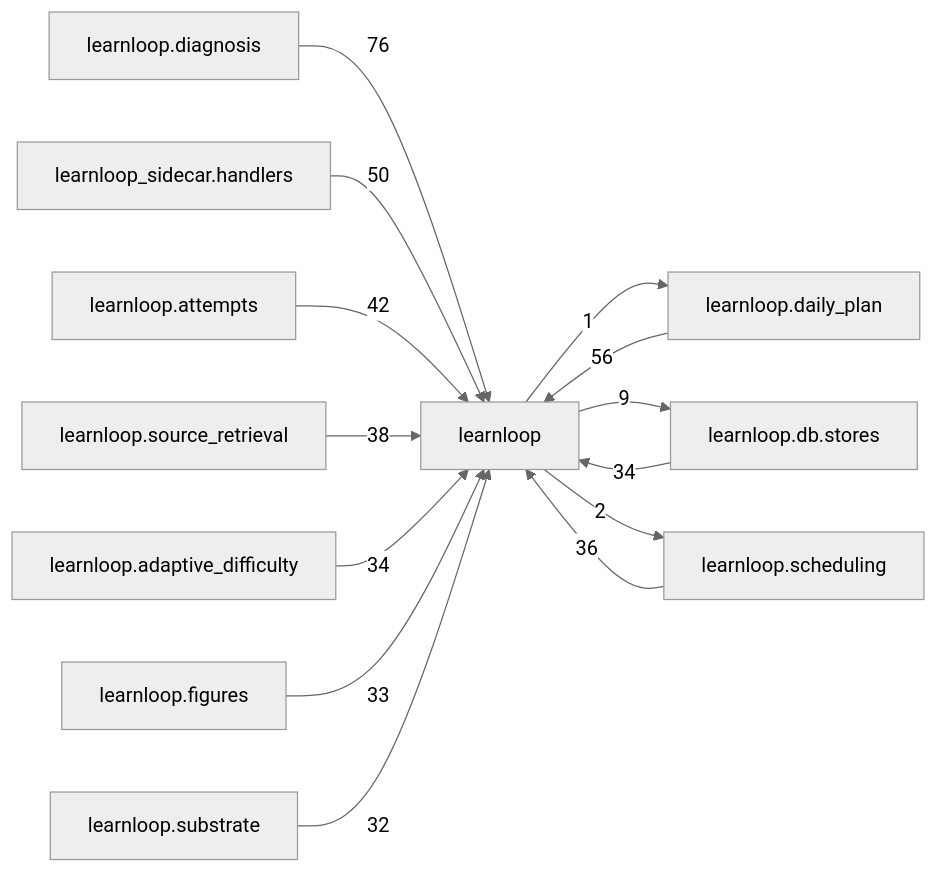
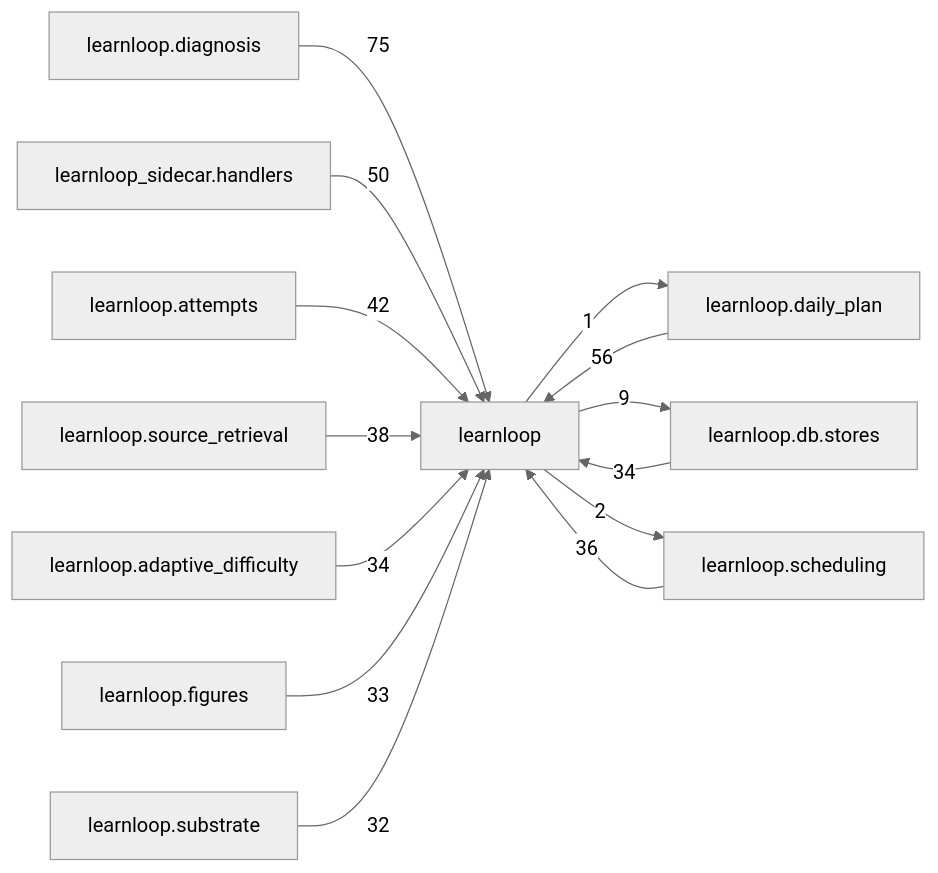
One commit to 6up-b/learnanything changed the diagram in docs/learnloop-architecture-vault/Reference/Modules/learnloop/_package.md. Above: the diagram before and after it, drawn with Mermaid (neutral theme). The commit also changed other lines of this file and 32 other files, not shown here.

````diff
--- a/docs/learnloop-architecture-vault/Reference/Modules/learnloop/_package.md
+++ b/docs/learnloop-architecture-vault/Reference/Modules/learnloop/_package.md
@@ -259,27 +259,27 @@
 ```mermaid
 flowchart LR
     center["learnloop"]
     n_learnloop_diagnosis["learnloop.diagnosis"]
     n_learnloop_daily_plan["learnloop.daily_plan"]
     n_learnloop_sidecar_handlers["learnloop_sidecar.handlers"]
     n_learnloop_db_stores["learnloop.db.stores"]
     n_learnloop_attempts["learnloop.attempts"]
     n_learnloop_scheduling["learnloop.scheduling"]
     n_learnloop_source_retrieval["learnloop.source_retrieval"]
     n_learnloop_adaptive_difficulty["learnloop.adaptive_difficulty"]
     n_learnloop_figures["learnloop.figures"]
     n_learnloop_substrate["learnloop.substrate"]
-    n_learnloop_diagnosis -->|76| center
+    n_learnloop_diagnosis -->|75| center
     n_learnloop_daily_plan -->|56| center
     center -->|1| n_learnloop_daily_plan
     n_learnloop_sidecar_handlers -->|50| center
     n_learnloop_db_stores -->|34| center
     center -->|9| n_learnloop_db_stores
     n_learnloop_attempts -->|42| center
     n_learnloop_scheduling -->|36| center
     center -->|2| n_learnloop_scheduling
     n_learnloop_source_retrieval -->|38| center
     n_learnloop_adaptive_difficulty -->|34| center
     n_learnloop_figures -->|33| center
     n_learnloop_substrate -->|32| center
 ```
````
